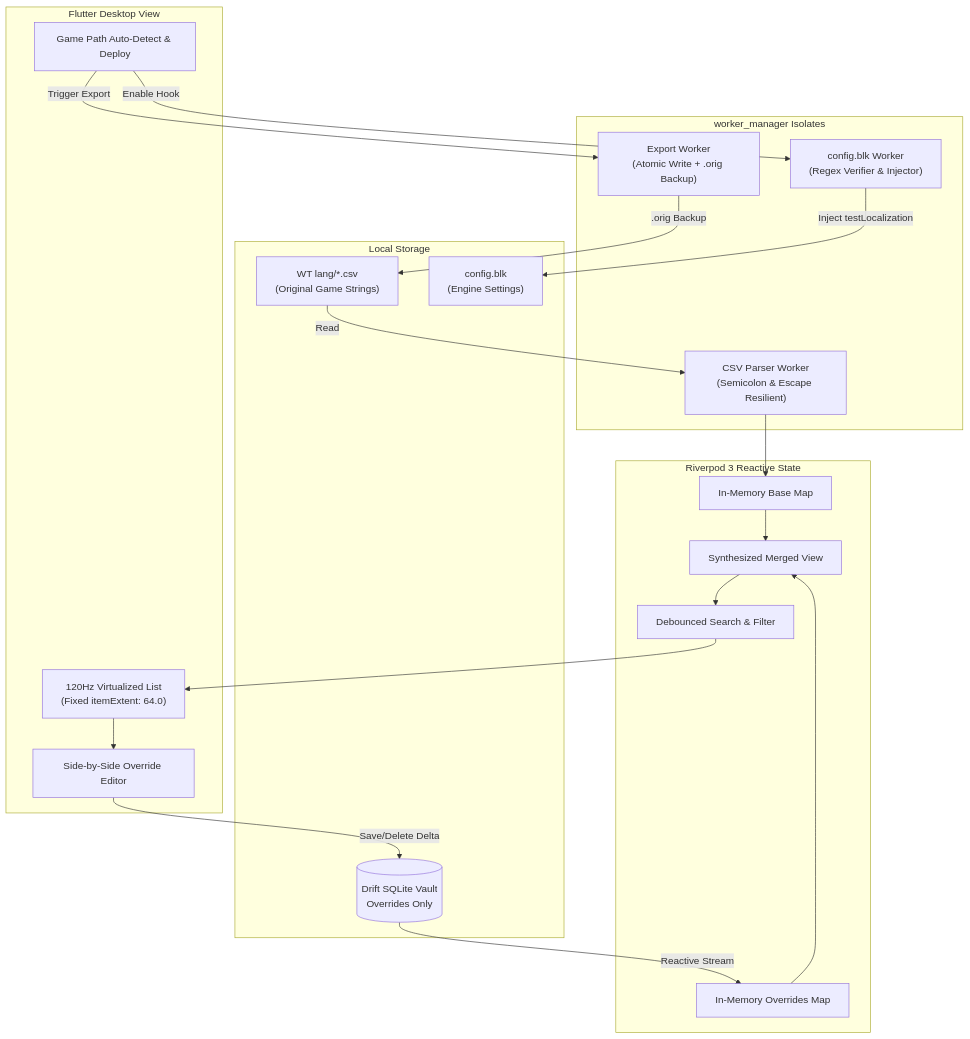
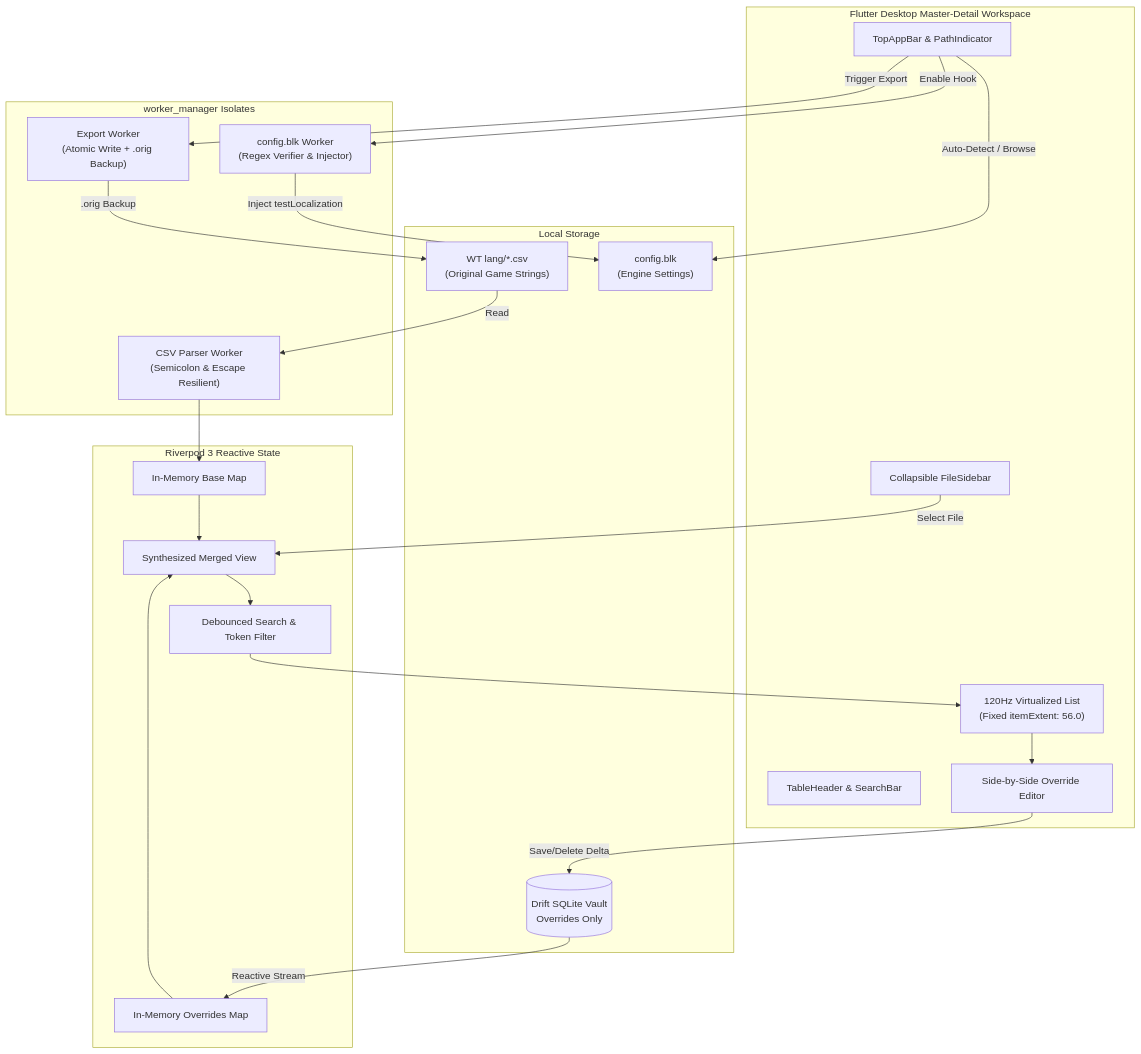
The diagram in README.md (Vonarian/gramercy), drawn with Mermaid before and after one commit. The commit also changed other lines of this file, not shown here.

Commit message:
docs: update architecture diagram and cross-platform desktop specifications

````diff
--- a/README.md
+++ b/README.md
@@ -42,41 +44,45 @@
 ```mermaid
 flowchart TD
     subgraph Disk [Local Storage]
         WTCSV["WT lang/*.csv\n(Original Game Strings)"]
         WTConfig["config.blk\n(Engine Settings)"]
         DB[(Drift SQLite Vault\nOverrides Only)]
     end
 
     subgraph Background [worker_manager Isolates]
         ParserWorker["CSV Parser Worker\n(Semicolon & Escape Resilient)"]
         ExportWorker["Export Worker\n(Atomic Write + .orig Backup)"]
         HookWorker["config.blk Worker\n(Regex Verifier & Injector)"]
     end
 
     subgraph Memory [Riverpod 3 Reactive State]
         BaseMap["In-Memory Base Map"]
         OverrideMap["In-Memory Overrides Map"]
         Synth["Synthesized Merged View"]
-        Filter["Debounced Search & Filter"]
+        Filter["Debounced Search & Token Filter"]
     end
 
-    subgraph UI [Flutter Desktop View]
-        AppUI["120Hz Virtualized List\n(Fixed itemExtent: 64.0)"]
+    subgraph UI [Flutter Desktop Master-Detail Workspace]
+        TopBar["TopAppBar & PathIndicator"]
+        Sidebar["Collapsible FileSidebar"]
+        Header["TableHeader & SearchBar"]
+        AppUI["120Hz Virtualized List\n(Fixed itemExtent: 56.0)"]
         EditModal["Side-by-Side Override Editor"]
-        CommandHeader["Game Path Auto-Detect & Deploy"]
     end
 
     WTCSV -->|Read| ParserWorker
     ParserWorker --> BaseMap
     DB -->|Reactive Stream| OverrideMap
     BaseMap --> Synth
     OverrideMap --> Synth
     Synth --> Filter
     Filter --> AppUI
+    Sidebar -->|Select File| Synth
+    TopBar -->|Auto-Detect / Browse| WTConfig
+    TopBar -->|Trigger Export| ExportWorker
     AppUI --> EditModal
     EditModal -->|Save/Delete Delta| DB
-    CommandHeader -->|Trigger Export| ExportWorker
     ExportWorker -->|.orig Backup| WTCSV
-    CommandHeader -->|Enable Hook| HookWorker
+    TopBar -->|Enable Hook| HookWorker
     HookWorker -->|Inject testLocalization| WTConfig
 ```
````
